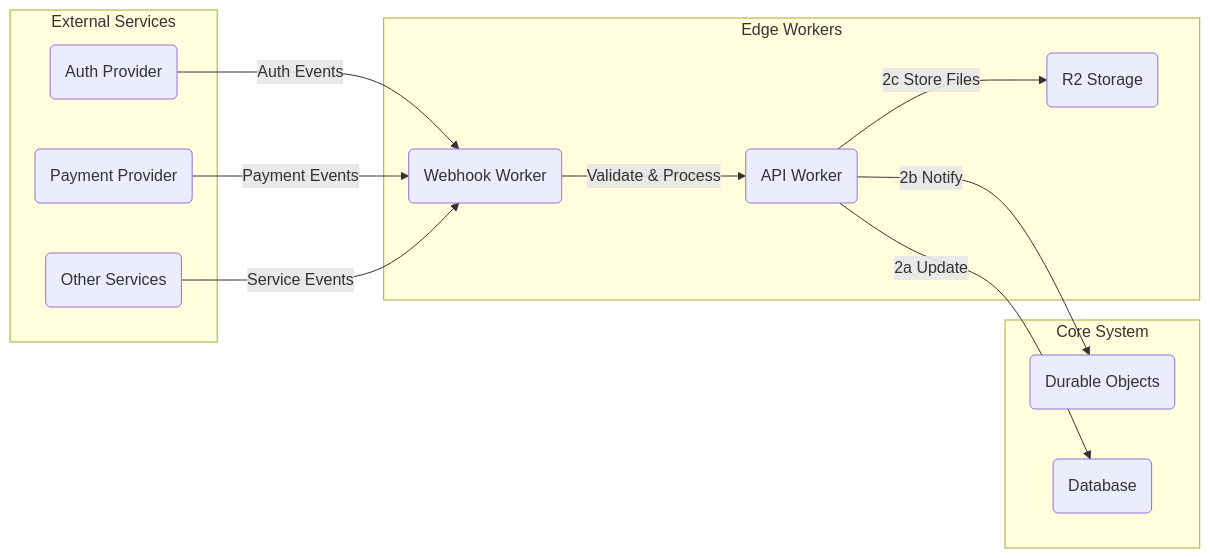
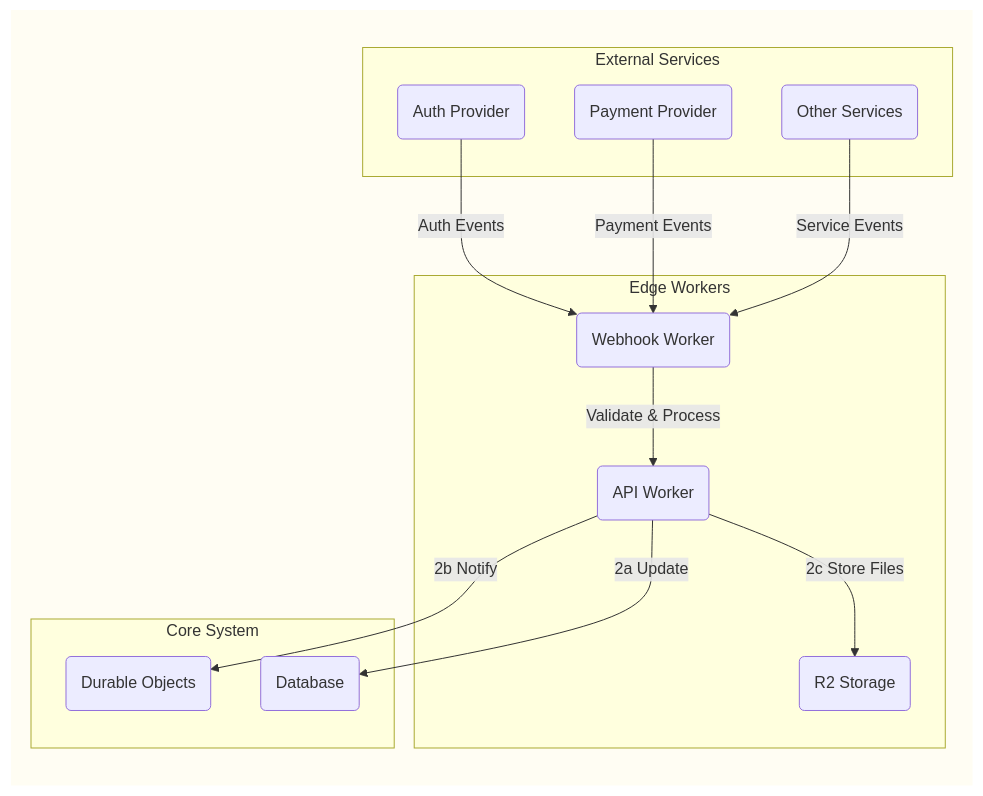
One commit to codevibesmatter/admin-cloudflare changed the ninth of 12 diagrams in docs/ARCHITECTURE.md. Above: the diagram before and after it, drawn with Mermaid. The commit also changed other lines of this file and 18 other files, not shown here.

````diff
--- a/docs/ARCHITECTURE.md
+++ b/docs/ARCHITECTURE.md
@@ -560,28 +569,31 @@
 ```mermaid
 graph LR
-    subgraph External["External Services"]
-        Auth("Auth Provider")
-        Payment("Payment Provider")
-        Other("Other Services")
+    subgraph bg [" "]
+        style bg fill:#fffdf3,stroke:none
+        subgraph External["External Services"]
+            Auth("Auth Provider")
+            Payment("Payment Provider")
+            Other("Other Services")
+        end
+
+        subgraph Workers["Edge Workers"]
+            Webhook("Webhook Worker")
+            API("API Worker")
+            R2("R2 Storage")
+        end
+
+        subgraph Core["Core System"]
+            DO("Durable Objects")
+            DB("Database")
+        end
+
+        Auth -->|Auth Events| Webhook
+        Payment -->|Payment Events| Webhook
+        Other -->|Service Events| Webhook
+        
+        Webhook -->|Validate & Process| API
+        API -->|2a Update| DB
+        API -->|2b Notify| DO
+        API -->|2c Store Files| R2
     end
-
-    subgraph Workers["Edge Workers"]
-        Webhook("Webhook Worker")
-        API("API Worker")
-        R2("R2 Storage")
-    end
-
-    subgraph Core["Core System"]
-        DO("Durable Objects")
-        DB("Database")
-    end
-
-    Auth -->|Auth Events| Webhook
-    Payment -->|Payment Events| Webhook
-    Other -->|Service Events| Webhook
-    
-    Webhook -->|Validate & Process| API
-    API -->|2a Update| DB
-    API -->|2b Notify| DO
-    API -->|2c Store Files| R2
 ```
````
